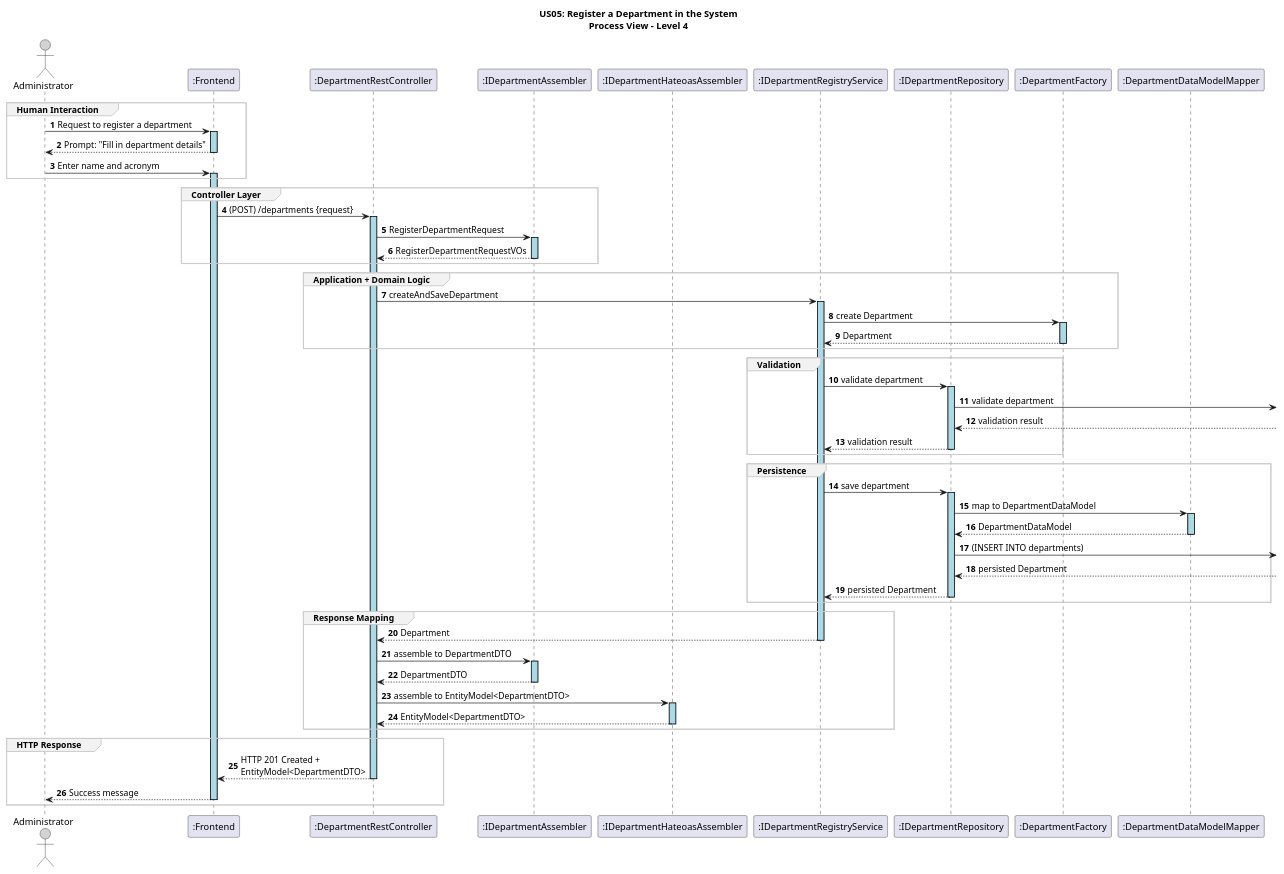
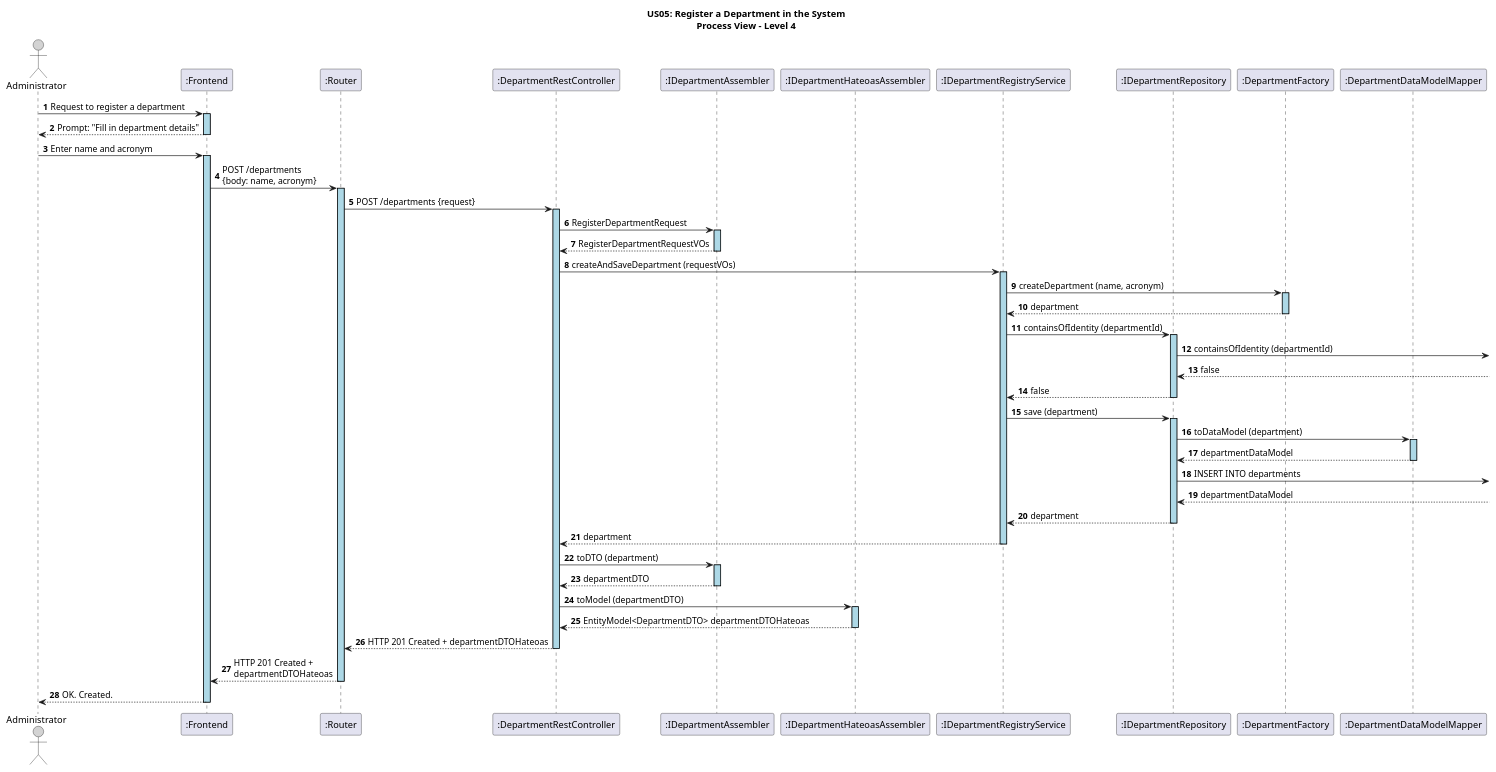
Before and after one commit to GasparISEP/DevOps-PAI: the diagram in docs/US05/sprint6_RestAPI/ProcessView/US05_RestAPI_ProcessView_Level4.puml, drawn with PlantUML.

Commit message:
doc:refactor processView level4 (refs #644)

```diff
--- a/docs/US05/sprint6_RestAPI/ProcessView/US05_RestAPI_ProcessView_Level4.puml
+++ b/docs/US05/sprint6_RestAPI/ProcessView/US05_RestAPI_ProcessView_Level4.puml
@@ -1,73 +1,73 @@
 @startuml
 
 title US05: Register a Department in the System\nProcess View – Level 4
 
 autonumber
 skinparam sequence {
     LifelineBorderColor black
     LifelineBackgroundColor LightBlue
     ActorBorderColor black
     ActorBackgroundColor LightGray
     GroupBorderColor #cccccc
     GroupBackgroundColor #f2f2f2
 }
 
 actor "Administrator" as ADM
 participant ":Frontend" as UI
+participant ":Router" as RT
 participant ":DepartmentRestController" as Controller
 participant ":IDepartmentAssembler" as Assembler
 participant ":IDepartmentHateoasAssembler" as HAAssembler
 participant ":IDepartmentRegistryService" as Service
 participant ":IDepartmentRepository" as Repository
 participant ":DepartmentFactory" as Factory
 participant ":DepartmentDataModelMapper" as DataModelMapper
 
-group Human Interaction
+
 ADM -> UI ++: Request to register a department
 UI --> ADM --: Prompt: "Fill in department details"
 ADM -> UI ++: Enter name and acronym
-end group
 
-group Controller Layer
-UI -> Controller ++: (POST) /departments {request}
+
+UI -> RT ++: POST /departments \n{body: name, acronym}
+RT -> Controller ++: POST /departments {request}
 Controller -> Assembler ++: RegisterDepartmentRequest
 Assembler --> Controller --: RegisterDepartmentRequestVOs
-end group
 
 
-group Application + Domain Logic
-Controller -> Service ++: createAndSaveDepartment
-Service -> Factory ++: create Department
-Factory --> Service --: Department
-end group
 
-group Validation
-Service -> Repository ++: validate department
-Repository -> : validate department
-Repository <-- : validation result
-Repository --> Service --: validation result
-end group
 
-group Persistence
-Service -> Repository ++: save department
-Repository -> DataModelMapper ++: map to DepartmentDataModel
-DataModelMapper --> Repository --: DepartmentDataModel
-Repository -> : (INSERT INTO departments)
-Repository <-- : persisted Department
-Repository --> Service --: persisted Department
-end group
+Controller -> Service ++: createAndSaveDepartment (requestVOs)
+Service -> Factory ++: createDepartment (name, acronym)
+Factory --> Service --: department
 
-group Response Mapping
-Service --> Controller --: Department
-Controller -> Assembler ++: assemble to DepartmentDTO
-Assembler --> Controller --: DepartmentDTO
-Controller -> HAAssembler ++: assemble to EntityModel<DepartmentDTO>
-HAAssembler --> Controller --: EntityModel<DepartmentDTO>
-end group
 
-group HTTP Response
-Controller --> UI --: HTTP 201 Created + \nEntityModel<DepartmentDTO>
-UI --> ADM --: Success message
-end group
+
+Service -> Repository ++: containsOfIdentity (departmentId)
+Repository -> : containsOfIdentity (departmentId)
+Repository <-- : false
+Repository --> Service --: false
+
+
+
+Service -> Repository ++: save (department)
+Repository -> DataModelMapper ++: toDataModel (department)
+DataModelMapper --> Repository --: departmentDataModel
+Repository -> : INSERT INTO departments
+Repository <-- : departmentDataModel
+Repository --> Service --: department
+
+
+Service --> Controller --: department
+Controller -> Assembler ++: toDTO (department)
+Assembler --> Controller --: departmentDTO
+Controller -> HAAssembler ++: toModel (departmentDTO)
+HAAssembler --> Controller --: EntityModel<DepartmentDTO> departmentDTOHateoas
+
+
+Controller --> RT --: HTTP 201 Created + departmentDTOHateoas
+RT --> UI --: HTTP 201 Created + \ndepartmentDTOHateoas
+UI --> ADM --: OK. Created.
+
 
 @enduml
```
